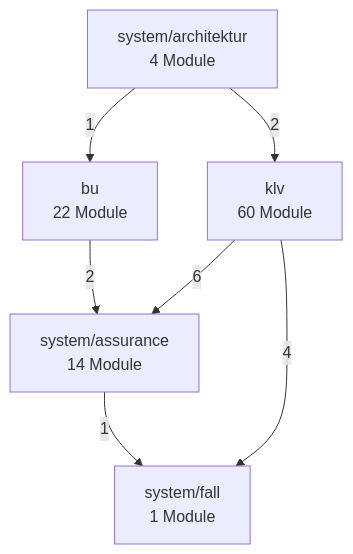
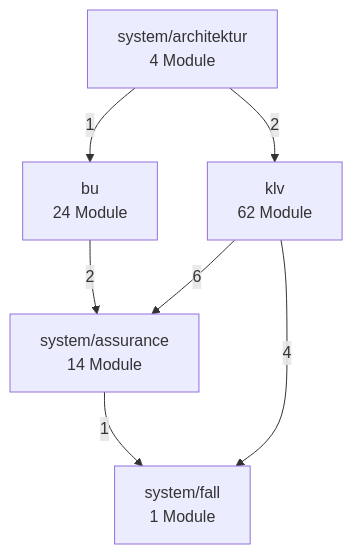
Before and after one commit to bartlmac/rechner-pipeline: the second of 3 diagrams in docs/architektur/landkarte.md, drawn with Mermaid. The commit also changed other lines of this file and 9 other files, not shown here.

````diff
--- a/docs/architektur/landkarte.md
+++ b/docs/architektur/landkarte.md
@@ -73,15 +73,15 @@
 ```mermaid
 %% Fachknoten — erzeugt von ontologie.landkarte
 flowchart TD
-    bu["bu<br/>22 Module"]
-    klv["klv<br/>60 Module"]
+    bu["bu<br/>24 Module"]
+    klv["klv<br/>62 Module"]
     system_architektur["system/architektur<br/>4 Module"]
     system_assurance["system/assurance<br/>14 Module"]
     system_fall["system/fall<br/>1 Module"]
     bu -- 2 --> system_assurance
     klv -- 6 --> system_assurance
     klv -- 4 --> system_fall
     system_architektur -- 1 --> bu
     system_architektur -- 2 --> klv
     system_assurance -- 1 --> system_fall
 ```
````
